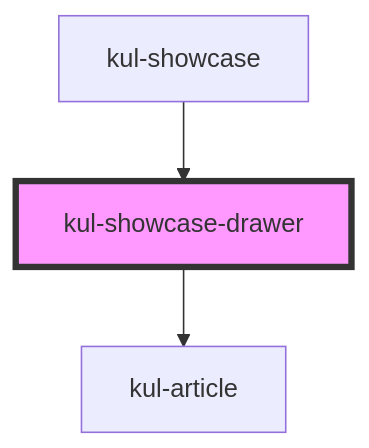
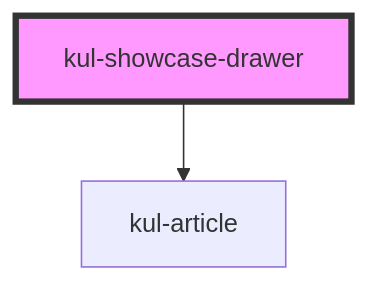
One commit to smeup/ketchup changed the diagram in packages/ketchup-lite/src/components/kul-showcase/layout/drawer/readme.md. Above: the diagram before and after it, drawn with Mermaid. The commit also changed other lines of this file and 25 other files, not shown here.

````diff
--- a/packages/ketchup-lite/src/components/kul-showcase/layout/drawer/readme.md
+++ b/packages/ketchup-lite/src/components/kul-showcase/layout/drawer/readme.md
@@ -30,6 +26,5 @@
 ```mermaid
 graph TD;
   kul-showcase-drawer --> kul-article
-  kul-showcase --> kul-showcase-drawer
   style kul-showcase-drawer fill:#f9f,stroke:#333,stroke-width:4px
 ```
````
